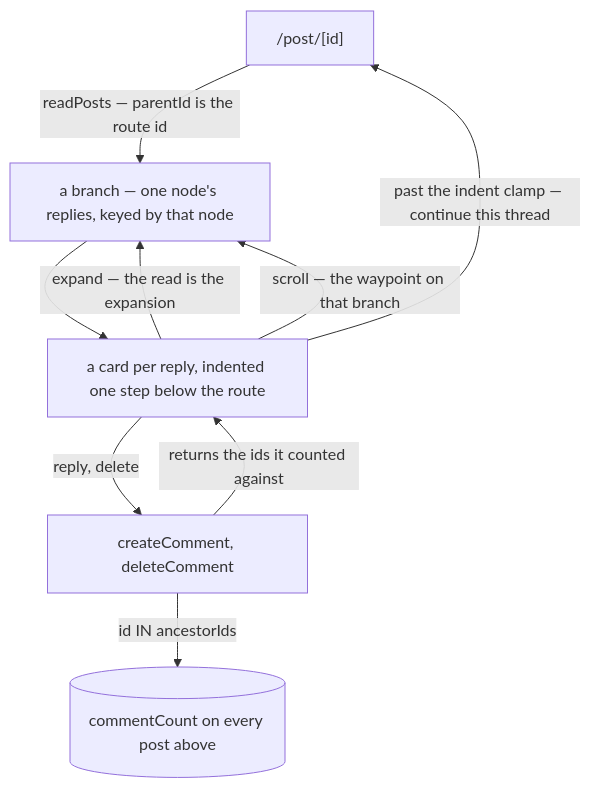
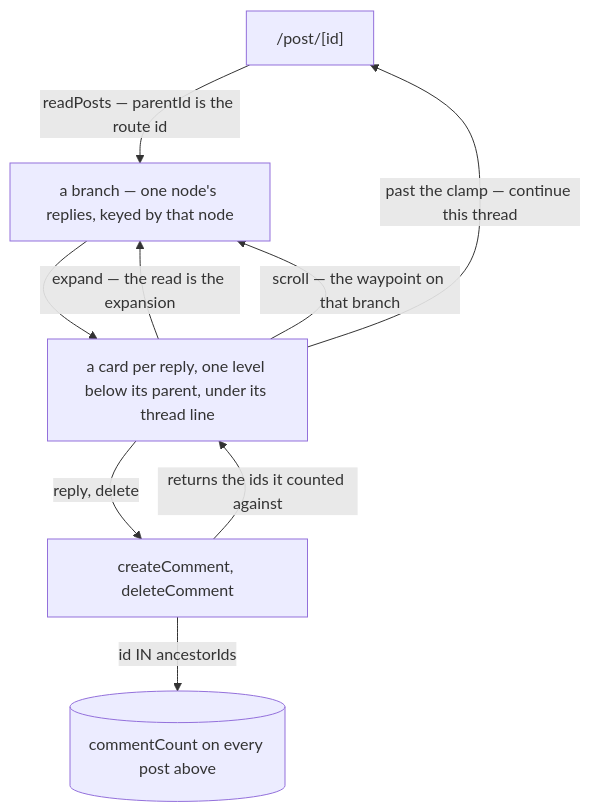
The second of 2 diagrams in apps/web/content/docs/post/posts-and-comments.md (Esposter/Esposter), drawn with Mermaid before and after one commit. The commit also changed other lines of this file and 35 other files, not shown here.

````diff
--- a/apps/web/content/docs/post/posts-and-comments.md
+++ b/apps/web/content/docs/post/posts-and-comments.md
@@ -40,11 +40,11 @@
 ```mermaid
 flowchart TD
   ROUTE["/post/[id]"] -->|"readPosts — parentId is the route id"| BRANCH["a branch — one node's replies, keyed by that node"]
-  BRANCH --> CARD["a card per reply, indented one step below the route"]
+  BRANCH --> CARD["a card per reply, one level below its parent, under its thread line"]
   CARD -->|"expand — the read is the expansion"| BRANCH
   CARD -->|"scroll — the waypoint on that branch"| BRANCH
-  CARD -->|"past the indent clamp — continue this thread"| ROUTE
+  CARD -->|"past the clamp — continue this thread"| ROUTE
   CARD -->|"reply, delete"| WRITE["createComment, deleteComment"]
   WRITE -->|"id IN ancestorIds"| COUNT[("commentCount on every post above")]
   WRITE -->|"returns the ids it counted against"| CARD
 ```
````
